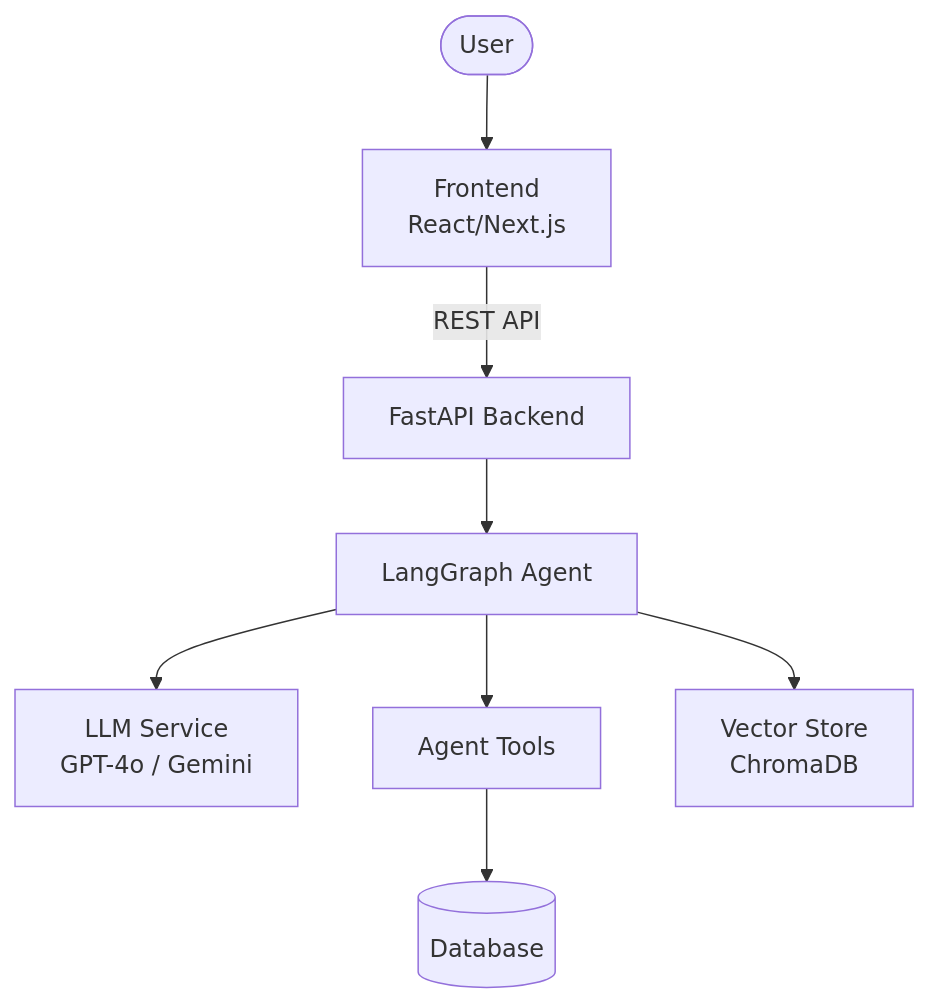
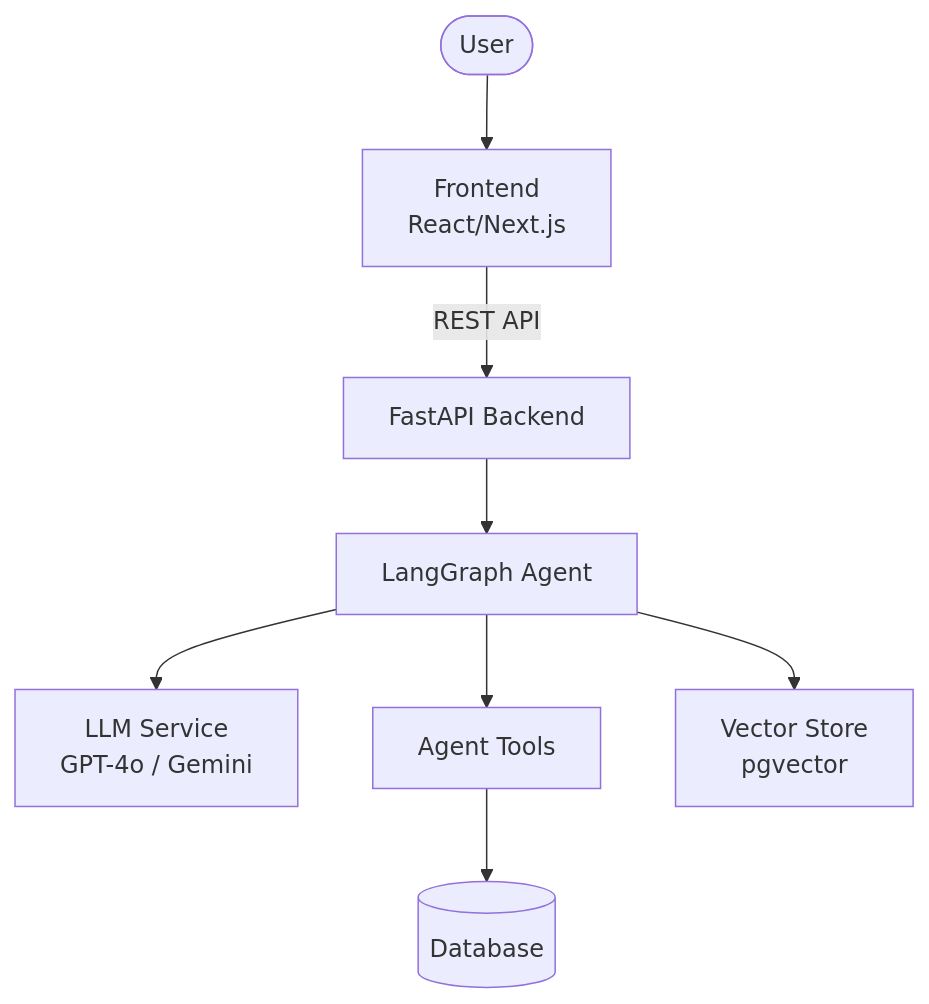
One commit to Tuan-Nguyen-Minhh/HRHelp changed the first of 2 diagrams in docs/architecture_diagram.md. Above: the diagram before and after it, drawn with Mermaid. The commit also changed other lines of this file and 10 other files, not shown here.

Commit message:
feat(vector_store): Integrate pgvector for vector storage and update configuration

````diff
--- a/docs/architecture_diagram.md
+++ b/docs/architecture_diagram.md
@@ -5,10 +5,10 @@
 ```mermaid
 graph TB
     User([User]) --> UI[Frontend<br/>React/Next.js]
     UI -->|REST API| API[FastAPI Backend]
     API --> Agent[LangGraph Agent]
     Agent --> LLM[LLM Service<br/>GPT-4o / Gemini]
     Agent --> Tools[Agent Tools]
     Tools --> DB[(Database)]
-    Agent --> VS[Vector Store<br/>ChromaDB]
+    Agent --> VS[Vector Store<br/>pgvector]
 ```
````
